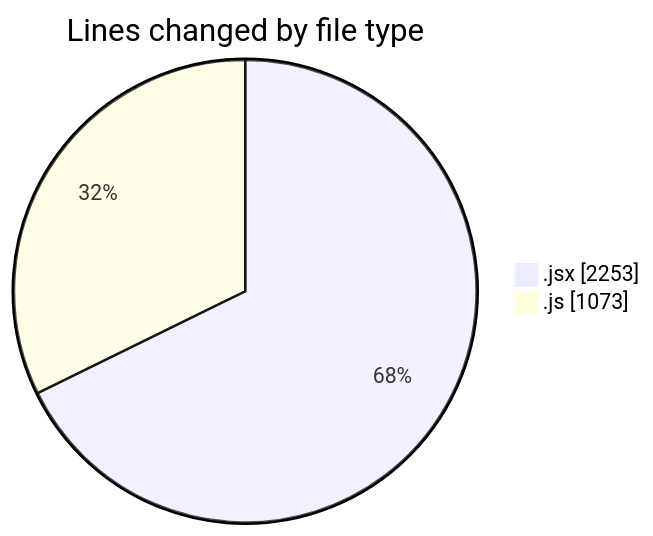
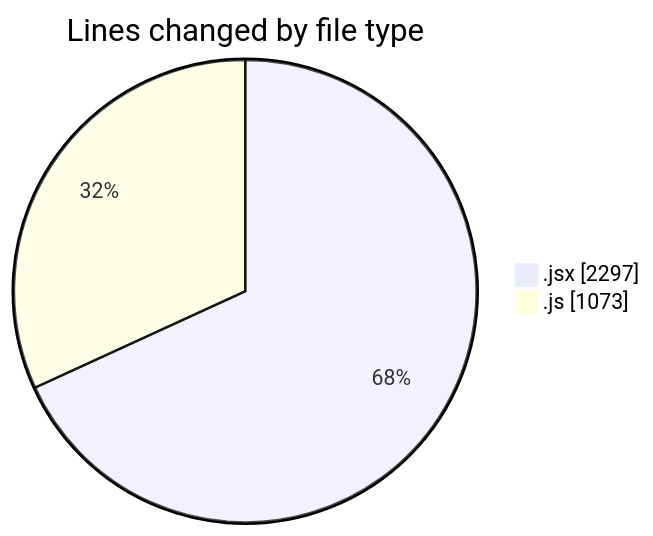
One commit to nxtqubesakshisongat/code-tracking changed the first of 2 diagrams in 2025-06-04/nxtqube_webapp/README.md. Above: the diagram before and after it, drawn with Mermaid. The commit also changed other lines of this file and 1 other file, not shown here.

````diff
--- a/2025-06-04/nxtqube_webapp/README.md
+++ b/2025-06-04/nxtqube_webapp/README.md
@@ -27,6 +27,6 @@
 ```mermaid
 pie showData
 title Lines changed by file type
-".jsx" : 2253
+".jsx" : 2297
 ".js" : 1073
 ```
````
